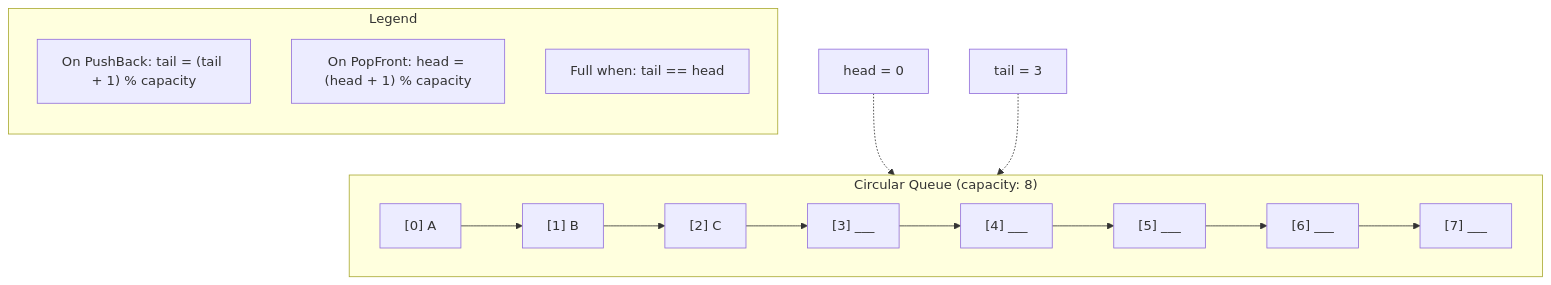
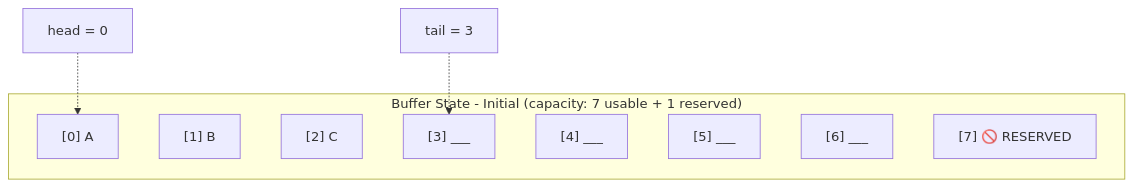
One commit to Tycro-Games/tycro-games.github.io changed the fourth of 7 diagrams in _posts/2026-01-14-Learning-Multithreading-With-A-Logger.md. Above: the diagram before and after it, drawn with Mermaid. The commit also changed other lines of this file, not shown here.

````diff
--- a/_posts/2026-01-14-Learning-Multithreading-With-A-Logger.md
+++ b/_posts/2026-01-14-Learning-Multithreading-With-A-Logger.md
@@ -499,17 +503,16 @@
 ```mermaid
-flowchart TB
-    subgraph CircularQueue["Circular Queue (capacity: 8)"]
-        direction LR
-        s0["[0] A"] --> s1["[1] B"] --> s2["[2] C"] --> s3["[3] ___"] --> s4["[4] ___"] --> s5["[5] ___"] --> s6["[6] ___"] --> s7["[7] ___"]
+flowchart TD
+    subgraph Queue["Buffer State - Initial (capacity: 7 usable + 1 reserved)"]
+        s0["[0] A"]
+        s1["[1] B"]
+        s2["[2] C"]
+        s3["[3] ___"]
+        s4["[4] ___"]
+        s5["[5] ___"]
+        s6["[6] ___"]
+        s7["[7] 🚫 RESERVED"]
     end
-    
     head["head = 0"] -.-> s0
     tail["tail = 3"] -.-> s3
     
-    subgraph Legend
-        direction TB
-        l1["On PushBack: tail = (tail + 1) % capacity"]
-        l2["On PopFront: head = (head + 1) % capacity"]
-        l3["Full when: tail == head"]
-    end
 ```
````
